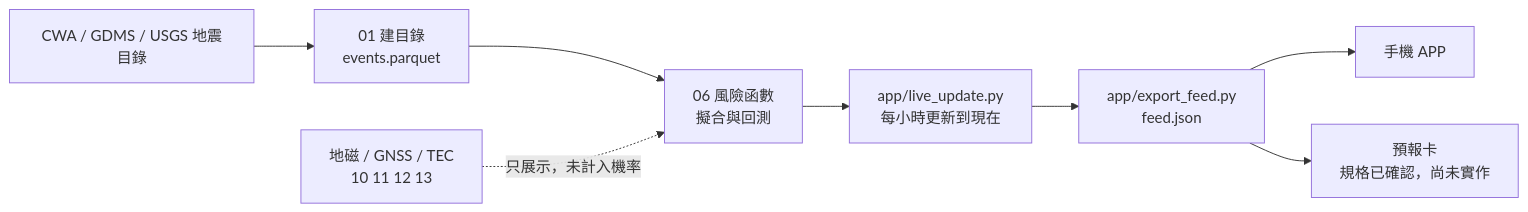
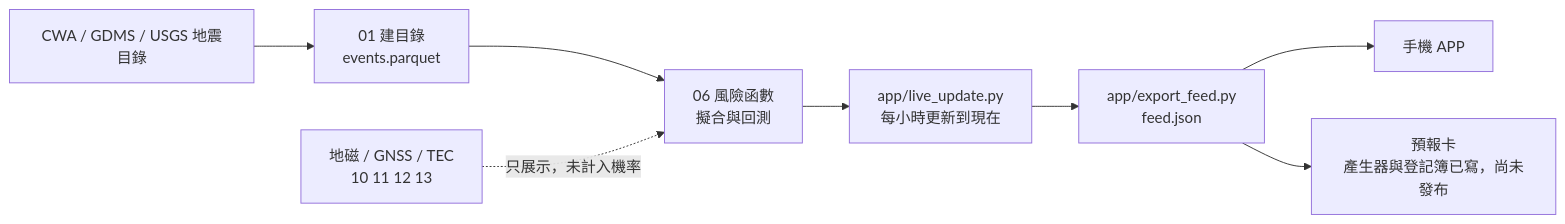
The diagram in README.md (Azazelowo/earthquake-risk-project), drawn with Mermaid before and after one commit. The commit also changed 3 other files, not shown here.

````diff
--- a/README.md
+++ b/README.md
@@ -18,10 +18,10 @@
 ```mermaid
 flowchart LR
     A[CWA / GDMS / USGS 地震目錄] --> B[01 建目錄<br/>events.parquet]
     B --> C[06 風險函數<br/>擬合與回測]
     C --> D[app/live_update.py<br/>每小時更新到現在]
     D --> E[app/export_feed.py<br/>feed.json]
     E --> F[手機 APP]
-    E --> G[預報卡<br/>規格已確認，尚未實作]
+    E --> G[預報卡<br/>產生器與登記簿已寫，尚未發布]
     P[地磁 / GNSS / TEC<br/>10 11 12 13] -.只展示，未計入機率.-> C
 ```
````
